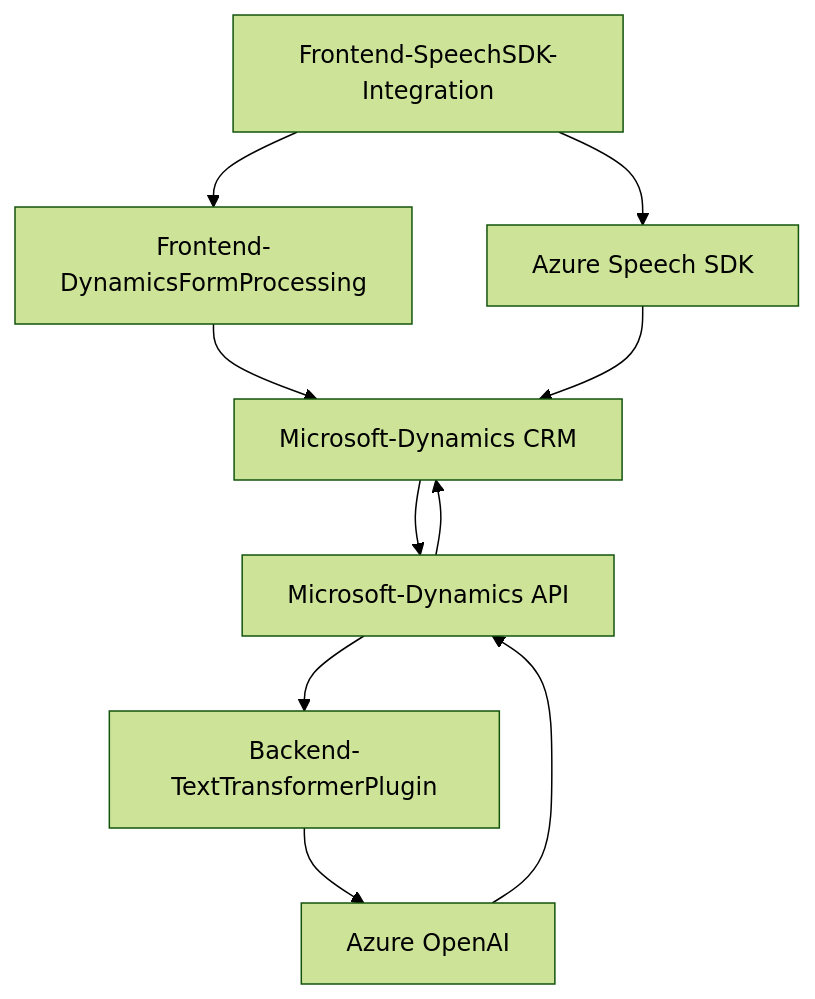
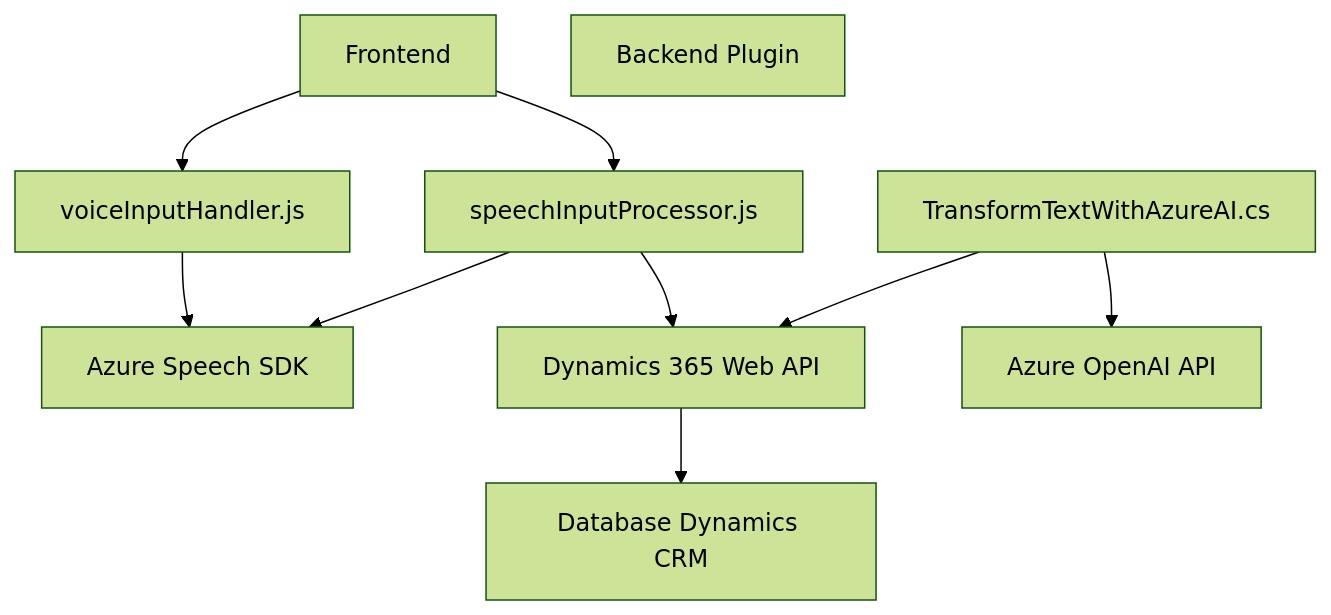
Before and after one commit to blopezdm/NETCORE_BILBAO2025: the diagram in README.md, drawn with Mermaid (forest theme). The commit also changed other lines of this file, not shown here.

````diff
--- a/README.md
+++ b/README.md
@@ -41,20 +51,21 @@
 ```mermaid
 graph TD
-    A["Frontend-SpeechSDK-Integration"]
-    B["Azure Speech SDK"]
-    C["Frontend-DynamicsFormProcessing"]
-    D["Microsoft-Dynamics CRM"]
-    E["Backend-TextTransformerPlugin"]
-    F["Azure OpenAI"]
-    G["Microsoft-Dynamics API"]
-    
+    A["Frontend"]
+    B["voiceInputHandler.js"]
+    C["speechInputProcessor.js"]
+    D["Azure Speech SDK"]
+    E["Backend Plugin"]
+    F["TransformTextWithAzureAI.cs"]
+    G["Dynamics 365 Web API"]
+    H["Azure OpenAI API"]
+    I["Database Dynamics CRM"]
+
     A --> B
     A --> C
+    B --> D
     C --> D
-    B --> D
-    D --> G
-    G --> E
-    E --> F
+    C --> G
+    G --> I
     F --> G
-    G --> D
+    F --> H
 ```
````
